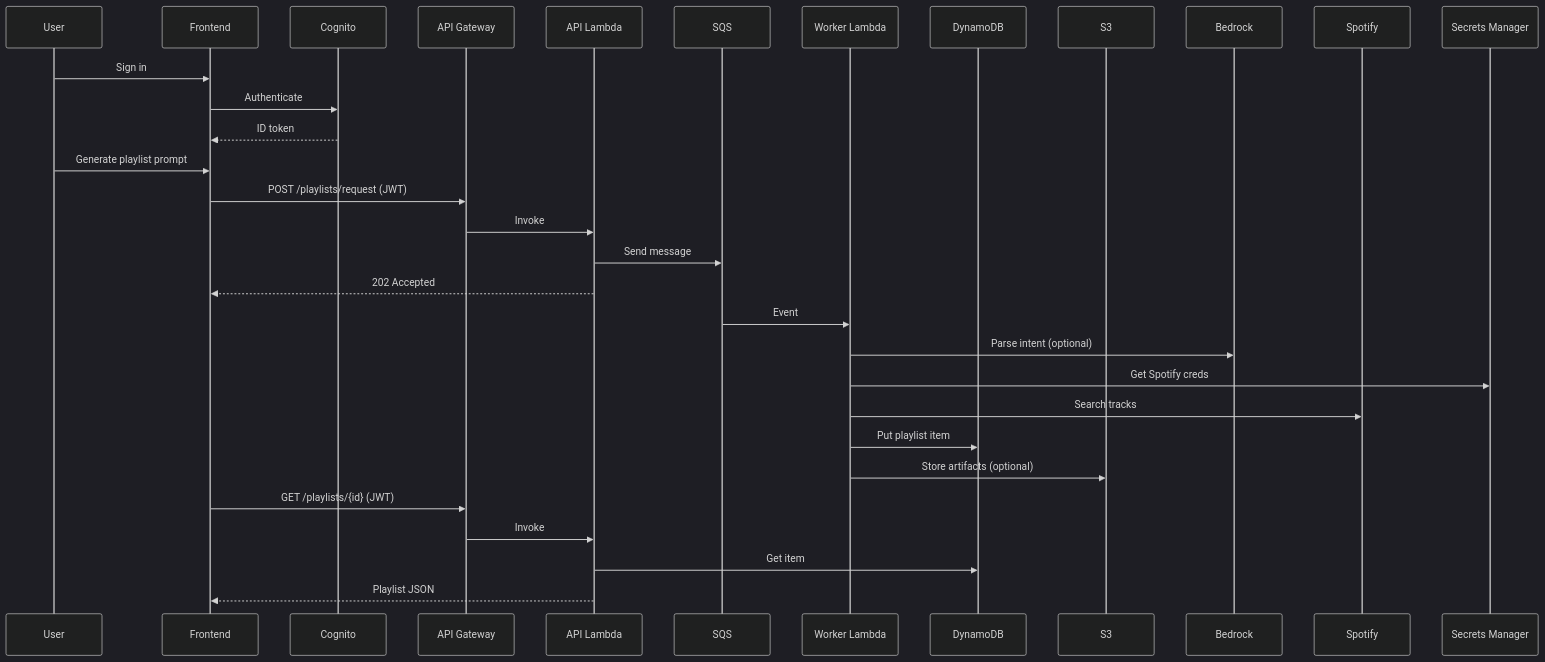
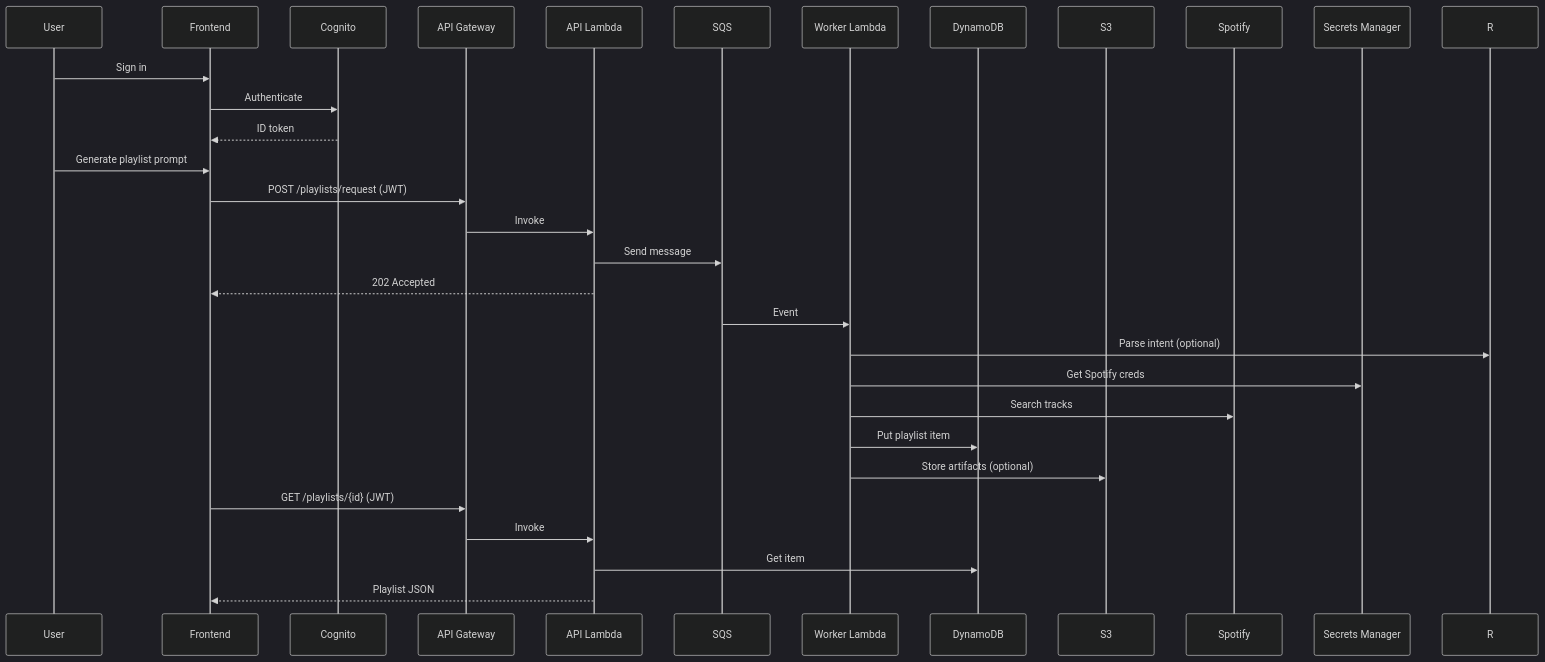
The second of 2 diagrams in aws/README.md (caio-a18/ai-dj), drawn with Mermaid (dark theme) before and after one commit. The commit also changed other lines of this file and 15 other files, not shown here.

````diff
--- a/aws/README.md
+++ b/aws/README.md
@@ -41,35 +40,34 @@
 ```mermaid
 sequenceDiagram
 	participant U as User
 	participant F as Frontend
 	participant C as Cognito
 	participant G as API Gateway
 	participant A as API Lambda
 	participant Q as SQS
 	participant W as Worker Lambda
 	participant D as DynamoDB
 	participant B as S3
-	participant R as Bedrock
 	participant S as Spotify
 	participant X as Secrets Manager
 
 	U->>F: Sign in
 	F->>C: Authenticate
 	C-->>F: ID token
 	U->>F: Generate playlist prompt
 	F->>G: POST /playlists/request (JWT)
 	G->>A: Invoke
 	A->>Q: Send message
 	A-->>F: 202 Accepted
 
 	Q->>W: Event
 	W->>R: Parse intent (optional)
 	W->>X: Get Spotify creds
 	W->>S: Search tracks
 	W->>D: Put playlist item
 	W->>B: Store artifacts (optional)
 	F->>G: GET /playlists/{id} (JWT)
 	G->>A: Invoke
 	A->>D: Get item
 	A-->>F: Playlist JSON
 ```
````
